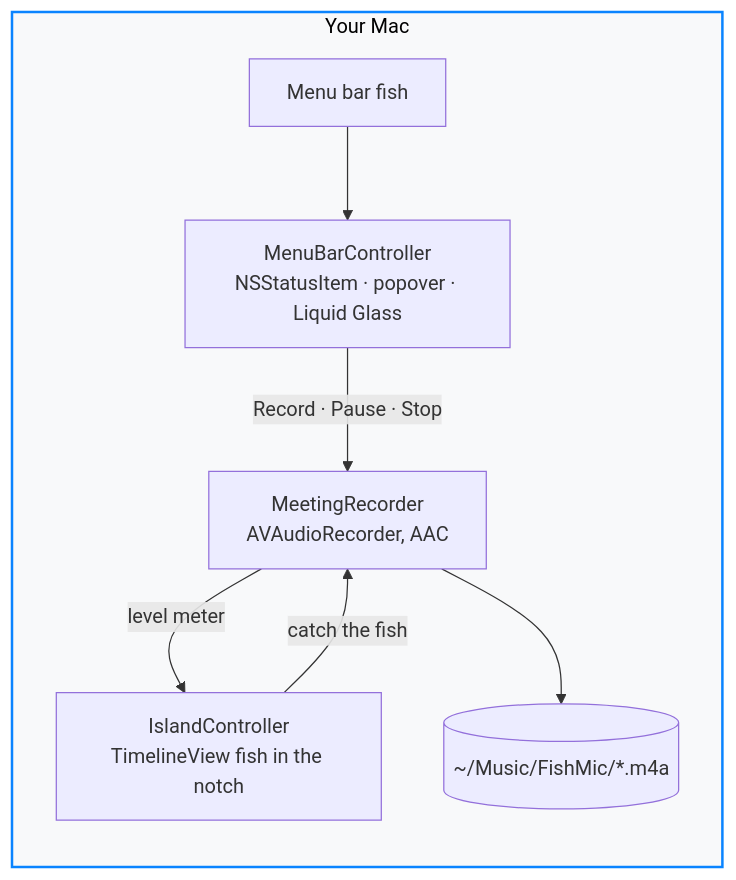
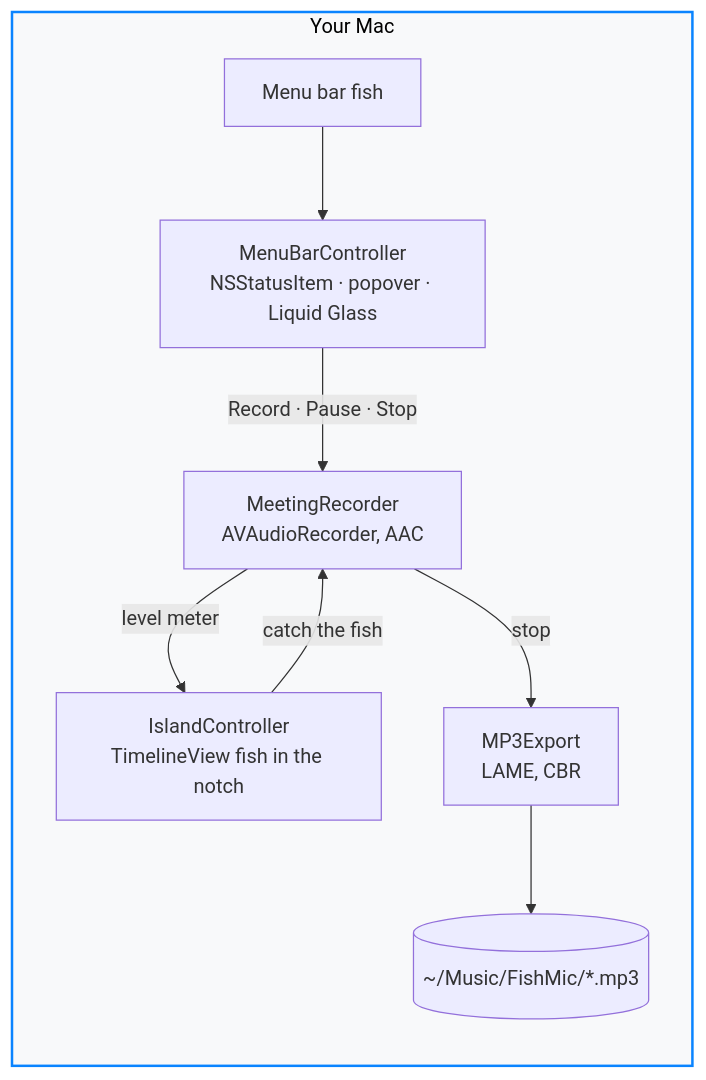
One commit to flol3622/FishMic changed the diagram in README.md. Above: the diagram before and after it, drawn with Mermaid. The commit also changed other lines of this file and 11 other files, not shown here.

First line of the commit message:
FishMic 0.5.0: MP3 recordings, a longer lane and a smaller fish

````diff
--- a/README.md
+++ b/README.md
@@ -160,12 +164,13 @@
 ```mermaid
 flowchart LR
     subgraph MAC["Your Mac"]
         A["Menu bar fish"] --> B["MenuBarController<br/>NSStatusItem · popover · Liquid Glass"]
         B -- "Record · Pause · Stop" --> E["MeetingRecorder<br/>AVAudioRecorder, AAC"]
         E -- "level meter" --> D["IslandController<br/>TimelineView fish in the notch"]
         D -- "catch the fish" --> E
-        E --> F[("~/Music/FishMic/*.m4a")]
+        E -- "stop" --> G["MP3Export<br/>LAME, CBR"]
+        G --> F[("~/Music/FishMic/*.mp3")]
     end
 
     style MAC fill:#f8f9fa,stroke:#0a84ff,stroke-width:2px,color:#000
 ```
````
